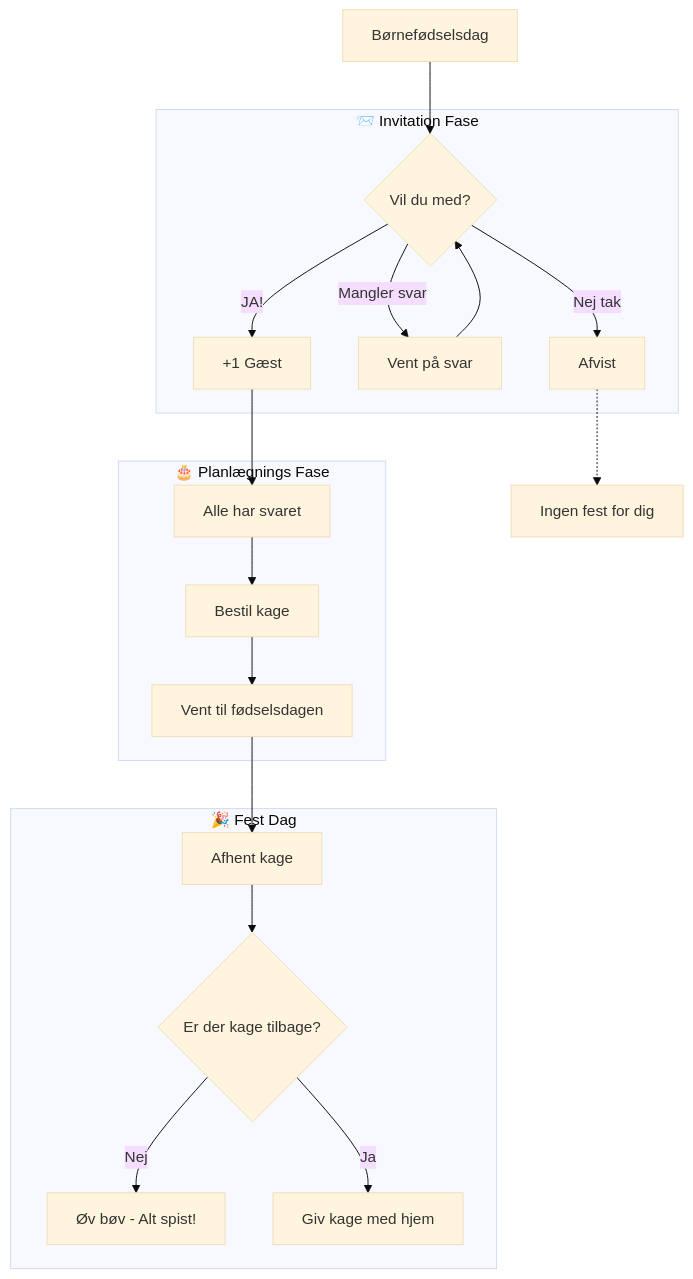
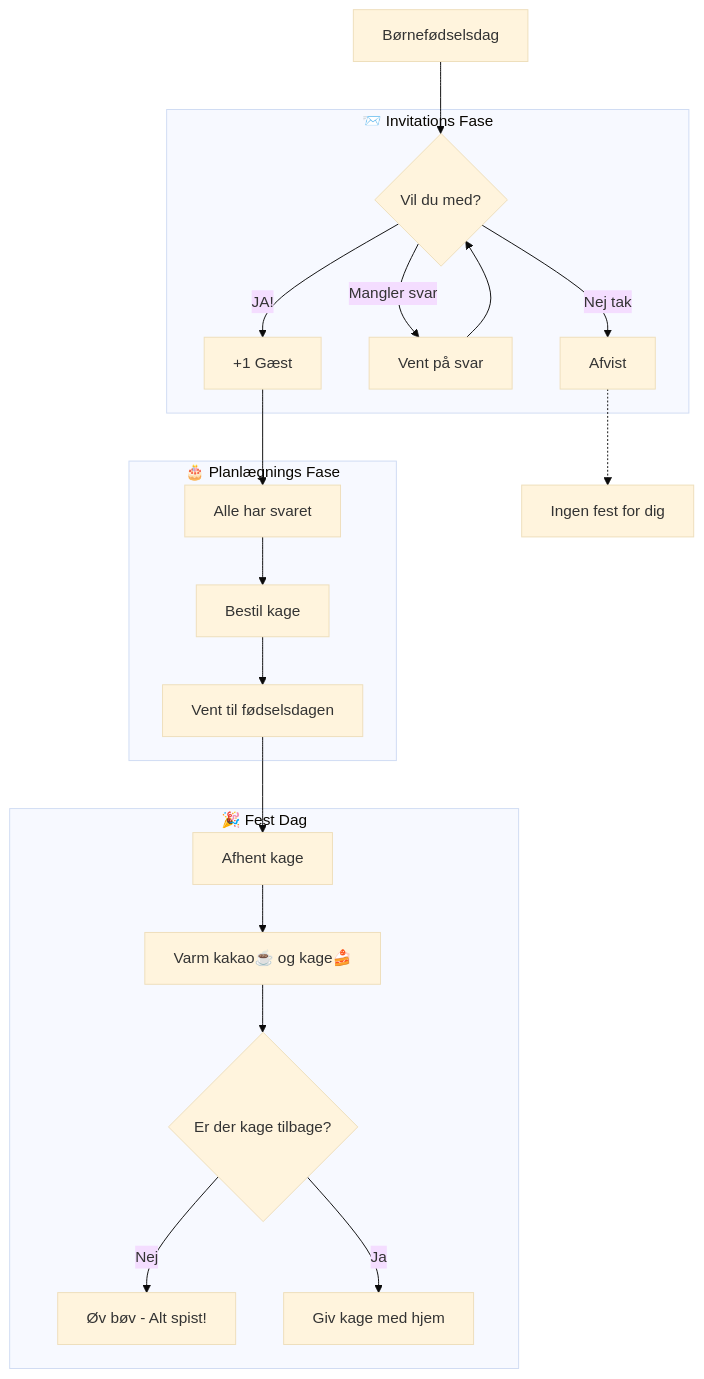
The second of 2 diagrams in Opgaver_Guided/README.md (Rosenorn-Solutions/Praktik_Opgaver), drawn with Mermaid (base theme) before and after one commit.

````diff
--- a/Opgaver_Guided/README.md
+++ b/Opgaver_Guided/README.md
@@ -121,31 +121,32 @@
 ```mermaid
 flowchart TD
     A[Børnefødselsdag] --> B
     
-    subgraph Invitation["📨 Invitation Fase"]
+    subgraph Invitation["📨 Invitations Fase"]
         B{Vil du med?}
         B -->|JA!| C[+1 Gæst]
         B -->|Mangler svar| D[Vent på svar]
         B -->|Nej tak| H[Afvist]
         D --> B
     end
     
     C --> E
     
     subgraph Planlægning["🎂 Planlægnings Fase"]
         E[Alle har svaret]
         E --> F[Bestil kage]
         F --> G[Vent til fødselsdagen]
     end
     
     G --> I
     
     subgraph Fest["🎉 Fest Dag"]
         I[Afhent kage]
-        I --> J{Er der kage tilbage?}
+        I --> N[Varm kakao☕️ og kage🍰]
+        N --> J{Er der kage tilbage? }
         J -->|Nej| K[Øv bøv - Alt spist!]
-        J -->|Ja| L[Giv kage med hjem]
+        J -->|Ja| L[Giv kage med hjem ]
     end
     
     H -.-> M[Ingen fest for dig]
 ```
````
